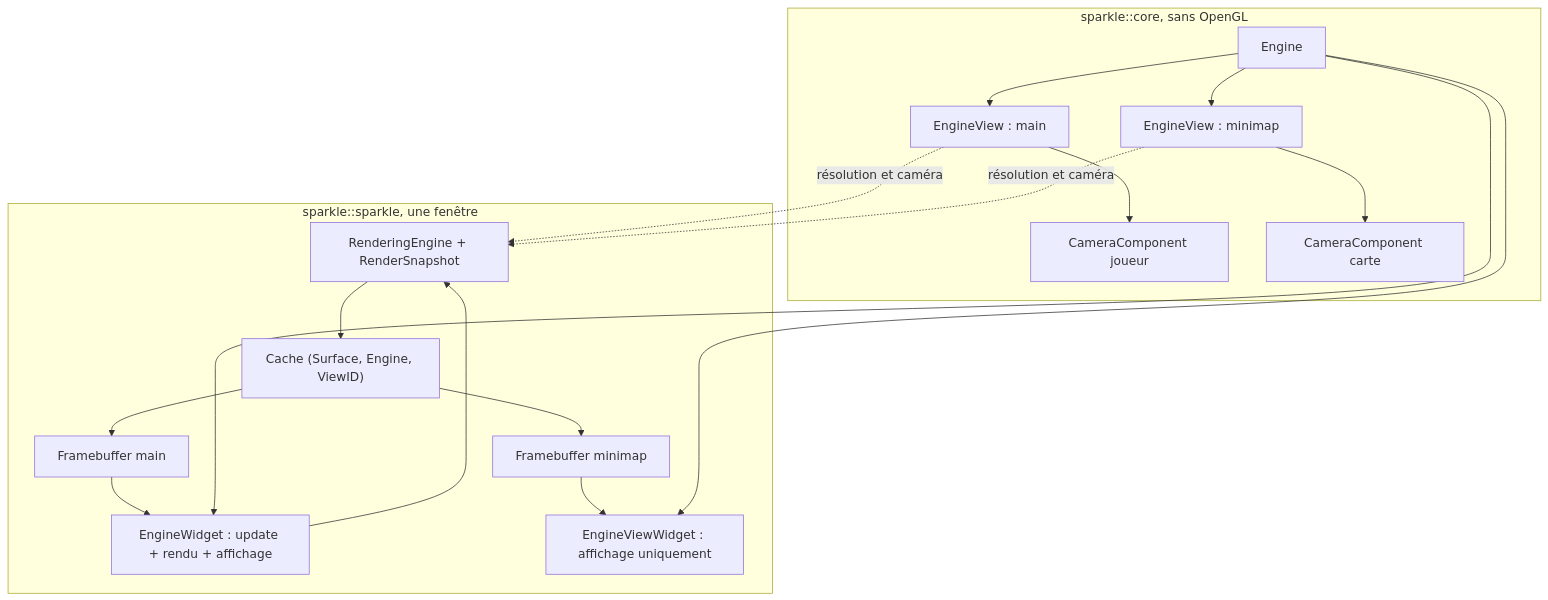
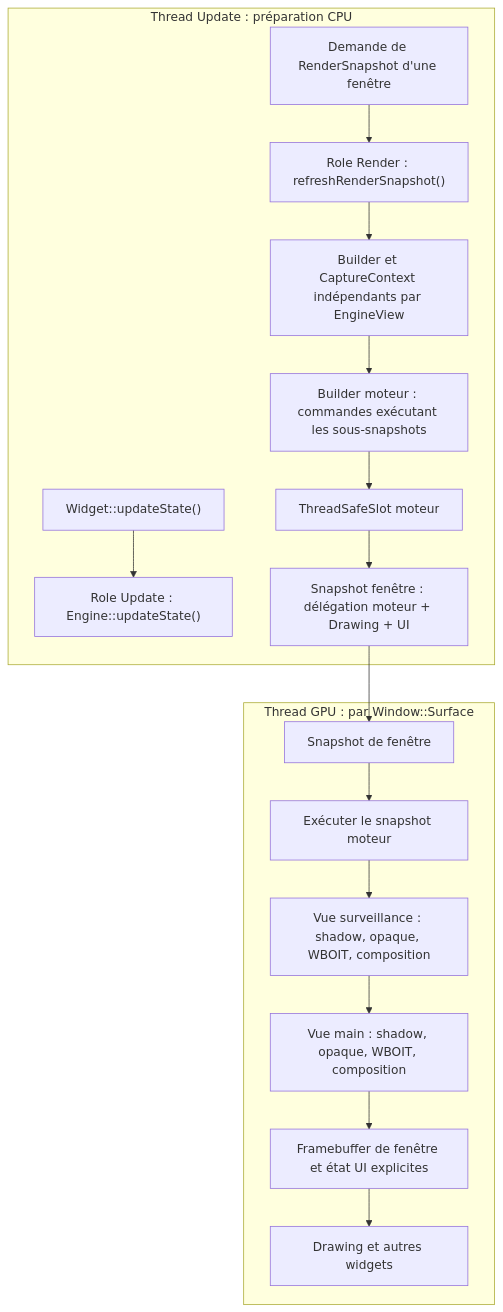
One commit to EreliaStudio/Sparkle changed the eighth of 24 diagrams in docs/voxel-engine-v0.1.4-specification.md. Above: the diagram before and after it, drawn with Mermaid. The commit also changed other lines of this file, not shown here.

Commit message:
docs(v0.1.4): consolidate voxel lighting and shadow architecture decisions

````diff
--- a/docs/voxel-engine-v0.1.4-specification.md
+++ b/docs/voxel-engine-v0.1.4-specification.md
@@ -631,29 +834,25 @@
 ```mermaid
 flowchart TB
-  subgraph Core["sparkle::core, sans OpenGL"]
-    Engine["Engine"]
-    VMain["EngineView : main"]
-    VMap["EngineView : minimap"]
-    CMain["CameraComponent joueur"]
-    CMap["CameraComponent carte"]
-    Engine --> VMain --> CMain
-    Engine --> VMap --> CMap
+  subgraph U["Thread Update : préparation CPU"]
+    Widgets["Widget::updateState()"]
+    Logic["Role Update : Engine::updateState()"]
+    Requested["Demande de RenderSnapshot d'une fenêtre"]
+    Refresh["Role Render : refreshRenderSnapshot()"]
+    PerView["Builder et CaptureContext indépendants par EngineView"]
+    EngineBuilder["Builder moteur : commandes exécutant les sous-snapshots"]
+    Slot["ThreadSafeSlot moteur"]
+    WindowSnap["Snapshot fenêtre : délégation moteur + Drawing + UI"]
+    Widgets --> Logic
+    Requested --> Refresh --> PerView --> EngineBuilder --> Slot --> WindowSnap
   end
-  subgraph Graphics["sparkle::sparkle, une fenêtre"]
-    Producer["EngineWidget : update + rendu + affichage"]
-    Pipeline["RenderingEngine + RenderSnapshot"]
-    Cache["Cache (Surface, Engine, ViewID)"]
-    FBMain["Framebuffer main"]
-    FBMap["Framebuffer minimap"]
-    Viewer["EngineViewWidget : affichage uniquement"]
-    Producer --> Pipeline --> Cache
-    Cache --> FBMain
-    Cache --> FBMap
-    FBMain --> Producer
-    FBMap --> Viewer
+  subgraph G["Thread GPU : par Window::Surface"]
+    Consume["Snapshot de fenêtre"]
+    EngineExec["Exécuter le snapshot moteur"]
+    Surveillance["Vue surveillance : shadow, opaque, WBOIT, composition"]
+    Main["Vue main : shadow, opaque, WBOIT, composition"]
+    Restore["Framebuffer de fenêtre et état UI explicites"]
+    UI["Drawing et autres widgets"]
+    Consume --> EngineExec --> Surveillance --> Main --> Restore --> UI
   end
-  Engine --> Producer
-  Engine --> Viewer
-  VMain -. "résolution et caméra" .-> Pipeline
-  VMap -. "résolution et caméra" .-> Pipeline
+  WindowSnap --> Consume
 ```
````
